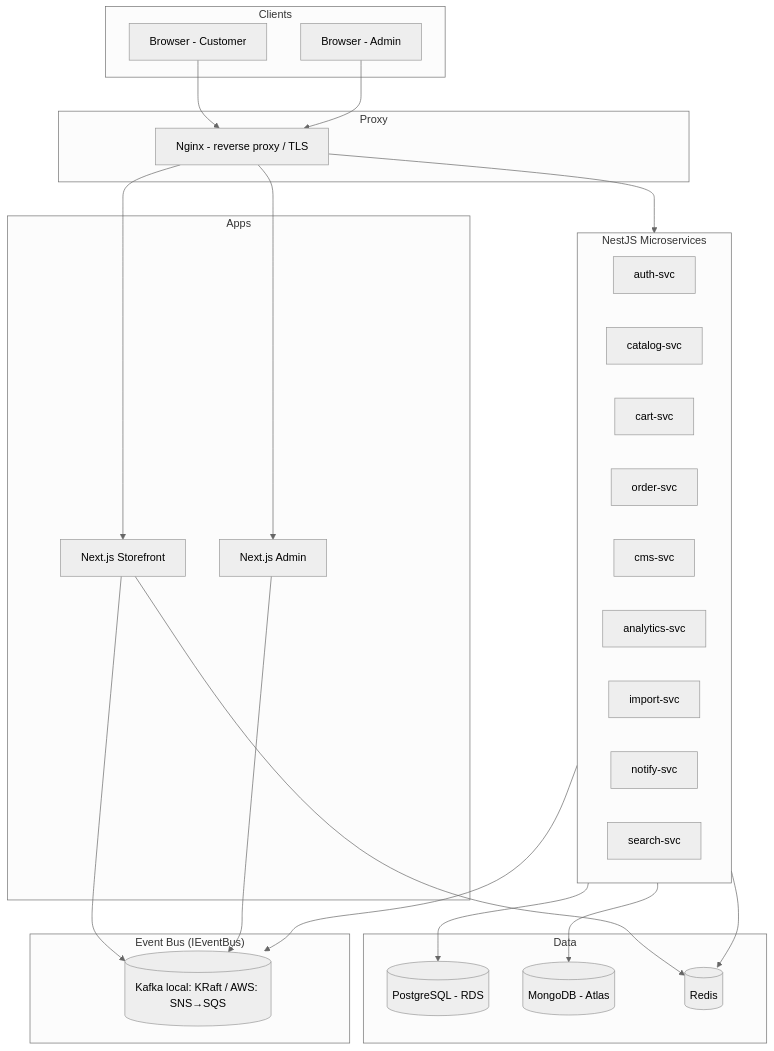
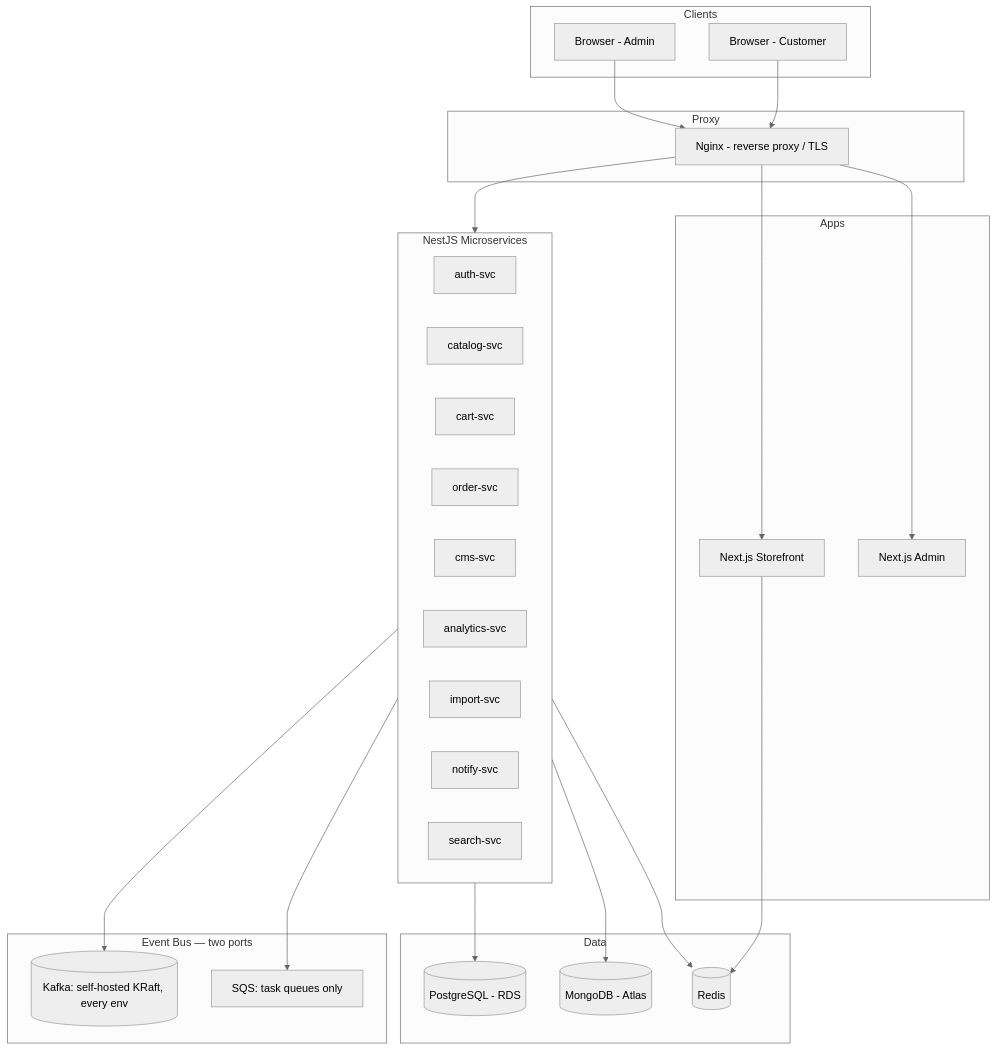
The first of 2 diagrams in 2.Tech-Stack.md (E-Commerce-BDA/Documentation), drawn with Mermaid (neutral theme) before and after one commit. The commit also changed other lines of this file, not shown here.

First line of the commit message:
docs(tech-stack): remove the SNS to SQS and storefront Kafka claims

````diff
--- a/2.Tech-Stack.md
+++ b/2.Tech-Stack.md
@@ -11,51 +11,53 @@
 ```mermaid
 flowchart TB
     subgraph Clients
         B[Browser - Customer]
         A[Browser - Admin]
     end
 
     subgraph Proxy
         N[Nginx - reverse proxy / TLS]
     end
 
     subgraph Apps
         SF[Next.js Storefront]
         AD[Next.js Admin]
     end
 
     subgraph Backend["NestJS Microservices"]
         S1[auth-svc]
         S2[catalog-svc]
         S3[cart-svc]
         S4[order-svc]
         S5[cms-svc]
         S6[analytics-svc]
         S7[import-svc]
         S8[notify-svc]
         S9[search-svc]
     end
 
     subgraph Data
         PG[(PostgreSQL - RDS)]
         MO[(MongoDB - Atlas)]
         RD[(Redis)]
     end
 
-    subgraph Bus["Event Bus (IEventBus)"]
-        K[(Kafka local: KRaft / AWS: SNS→SQS)]
+    subgraph Bus["Event Bus — two ports"]
+        K[(Kafka: self-hosted KRaft, every env)]
+        SQ[SQS: task queues only]
     end
 
+    %% Browsers reach the API through Nginx only — neither app holds broker
+    %% credentials. Page views go Next /api/track → analytics-svc → Kafka.
     B --> N
     A --> N
     N --> SF
     N --> AD
     N --> Backend
-    SF --> K
-    AD --> K
     Backend --> K
+    Backend --> SQ
     Backend --> PG
     Backend --> MO
     SF --> RD
     Backend --> RD
 ```
````
